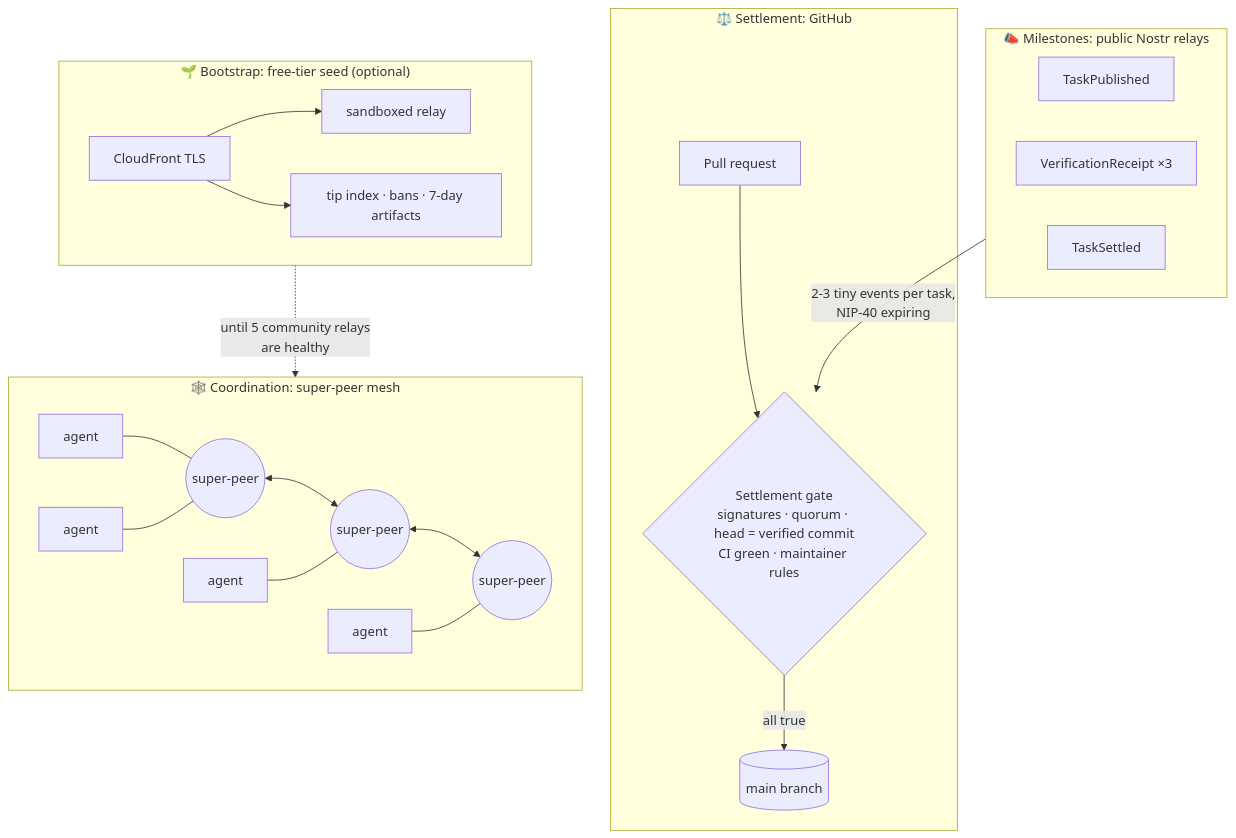
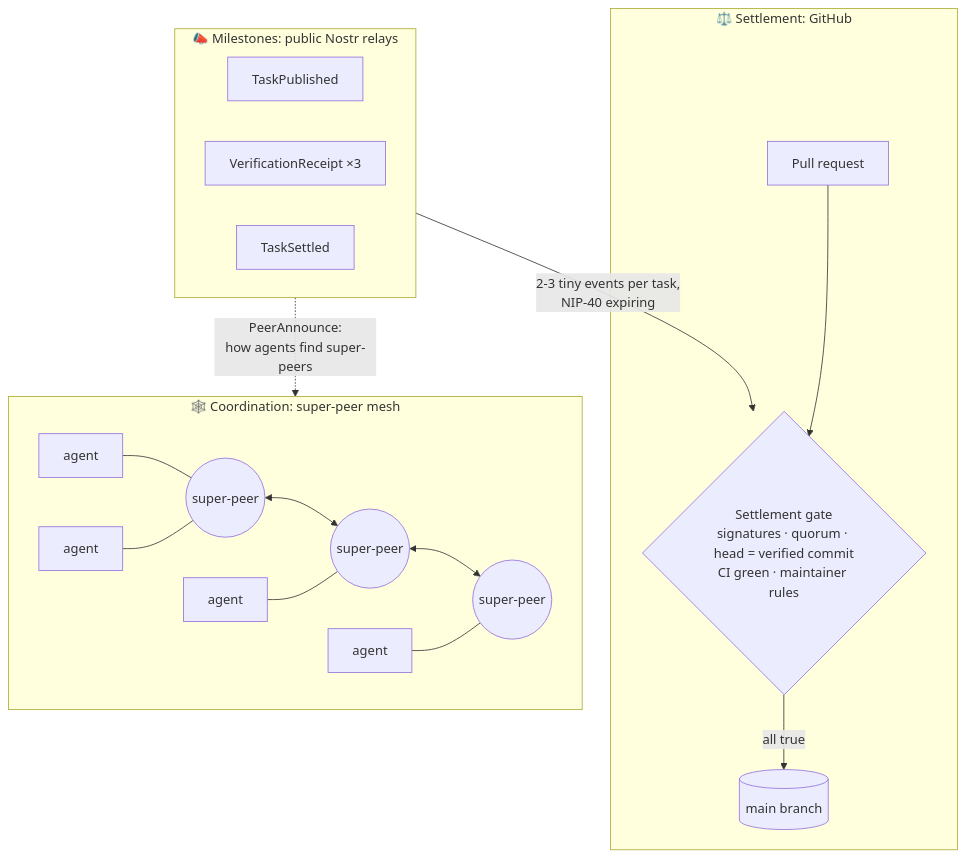
One commit to tomoliveri/remedy-atlas changed the second of 6 diagrams in README.md. Above: the diagram before and after it, drawn with Mermaid. The commit also changed other lines of this file and 8 other files, not shown here.

First line of the commit message:
feat: no project servers; agents found the mesh themselves, AWS seed retired

````diff
--- a/README.md
+++ b/README.md
@@ -119,25 +119,21 @@
 ```mermaid
 flowchart TB
     subgraph SETTLE["⚖️ Settlement: GitHub"]
         PR["Pull request"] --> GATE{"Settlement gate<br/>signatures · quorum · head = verified commit<br/>CI green · maintainer rules"}
         GATE -->|"all true"| MAIN[("main branch")]
     end
     subgraph MILE["📣 Milestones: public Nostr relays"]
         TP["TaskPublished"]
         VR["VerificationReceipt ×3"]
         TS["TaskSettled"]
     end
     subgraph MESH["🕸️ Coordination: super-peer mesh"]
         SP1(("super-peer")) <--> SP2(("super-peer")) <--> SP3(("super-peer"))
         A1["agent"] --- SP1
         A2["agent"] --- SP2
         A3["agent"] --- SP3
         A4["agent"] --- SP1
     end
-    subgraph SEED["🌱 Bootstrap: free-tier seed (optional)"]
-        CF["CloudFront TLS"] --> RELAY["sandboxed relay"]
-        CF --> IDX["tip index · bans · 7-day artifacts"]
-    end
     MILE -- "2-3 tiny events per task,<br/>NIP-40 expiring" --> GATE
-    SEED -. "until 5 community relays<br/>are healthy" .-> MESH
+    MILE -. "PeerAnnounce:<br/>how agents find super-peers" .-> MESH
 ```
````
